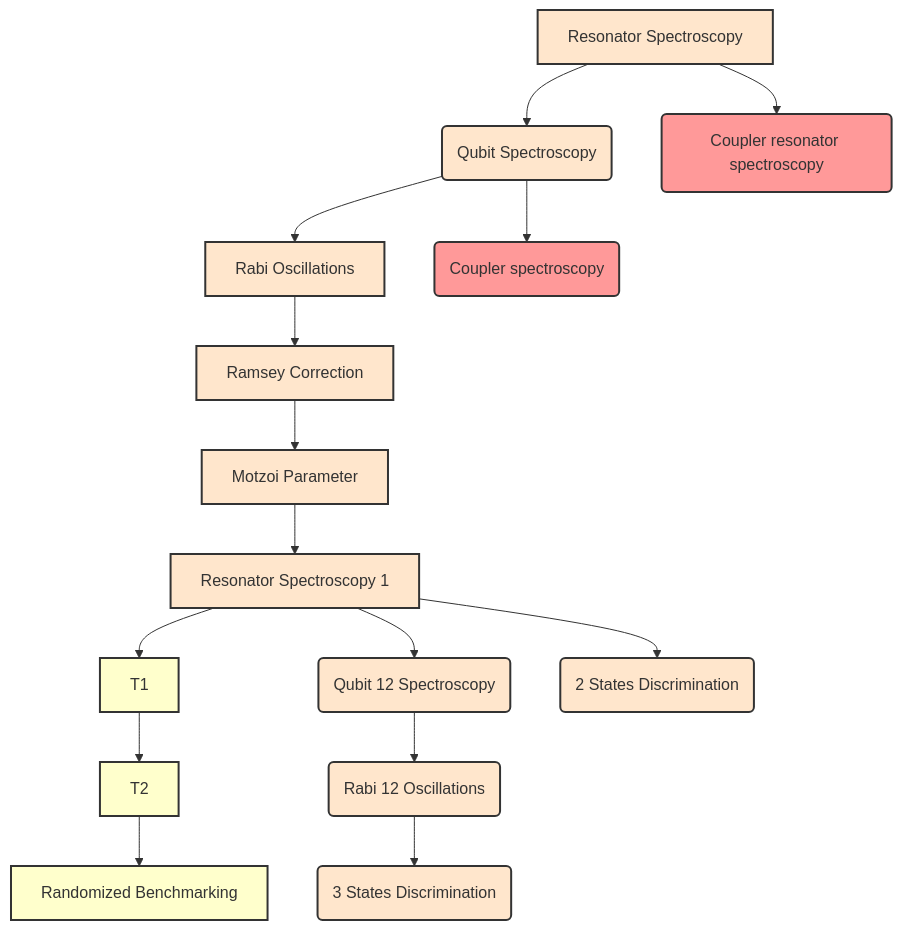
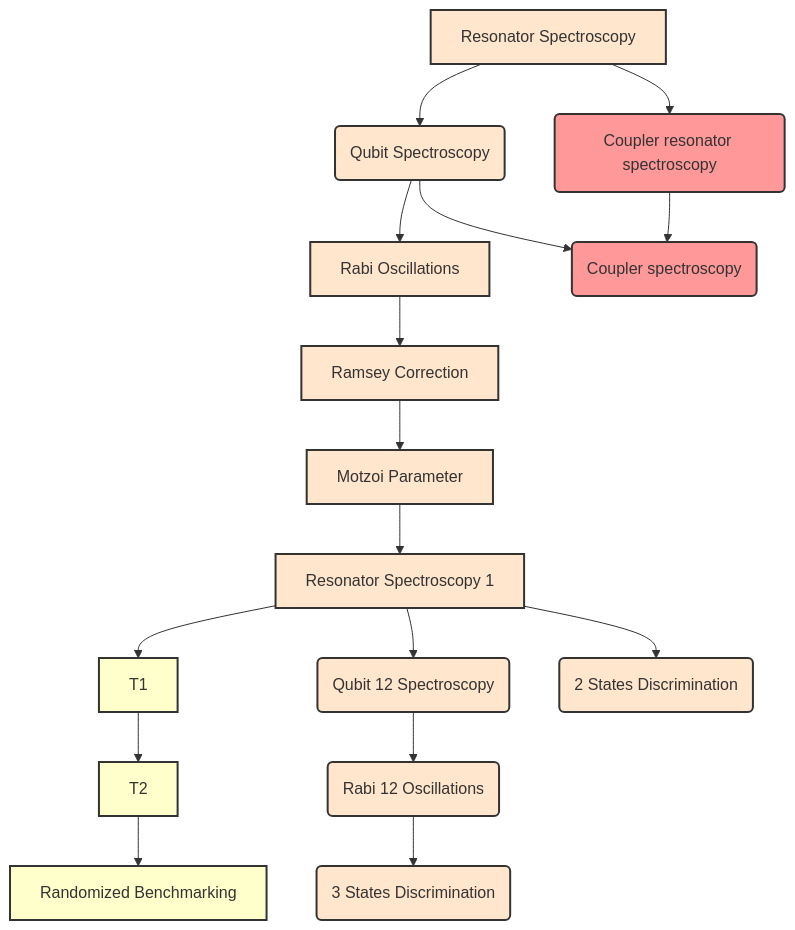
One commit to tergite/tergite-autocalibration changed the diagram in docs_editable/available_nodes.qmd. Above: the diagram before and after it, drawn with Mermaid. The commit also changed 1 other file, not shown here.

Commit message:
Corrected dependency in documentation

````diff
--- a/docs_editable/available_nodes.qmd
+++ b/docs_editable/available_nodes.qmd
@@ -3,36 +3,37 @@
 ```{mermaid}
 graph TD
     A[Resonator Spectroscopy] --> B(Qubit Spectroscopy)
     B --> C[Rabi Oscillations]
     C --> D[Ramsey Correction]
     D --> E[Motzoi Parameter]
     E --> F[Resonator Spectroscopy 1]
     F --> C1[T1] --> C2[T2] --> C3[Randomized Benchmarking]
     F --> F1(Qubit 12 Spectroscopy) --> G(Rabi 12 Oscillations)
     F --> H1(2 States Discrimination)
     G --> H2(3 States Discrimination)
     A --> I(Coupler resonator spectroscopy)
     B --> J(Coupler spectroscopy)
+    I --> J
         
     click A href "nodes/resonator_spectroscopy_node.html"
     click B href "nodes/qubit_spectroscopy_node.html"
     click C href "nodes/rabi_oscillations_node.html"
     click I href "nodes/coupler_resonator_spectroscopy_node.html"
     click J href "nodes/coupler_spectroscopy_node.html"
 
     style A fill:#ffe6cc,stroke:#333,stroke-width:2px
     style B fill:#ffe6cc,stroke:#333,stroke-width:2px
     style C fill:#ffe6cc,stroke:#333,stroke-width:2px
     style D fill:#ffe6cc,stroke:#333,stroke-width:2px
     style E fill:#ffe6cc,stroke:#333,stroke-width:2px
     style F fill:#ffe6cc,stroke:#333,stroke-width:2px
     style C1 fill:#ffffcc,stroke:#333,stroke-width:2px
     style C2 fill:#ffffcc,stroke:#333,stroke-width:2px
     style C3 fill:#ffffcc,stroke:#333,stroke-width:2px
     style F1 fill:#ffe6cc,stroke:#333,stroke-width:2px
     style G fill:#ffe6cc,stroke:#333,stroke-width:2px
     style H1 fill:#ffe6cc,stroke:#333,stroke-width:2px
     style H2 fill:#ffe6cc,stroke:#333,stroke-width:2px
     style I fill:#ff9999,stroke:#333,stroke-width:2px
     style J fill:#ff9999,stroke:#333,stroke-width:2px
 ```
````
